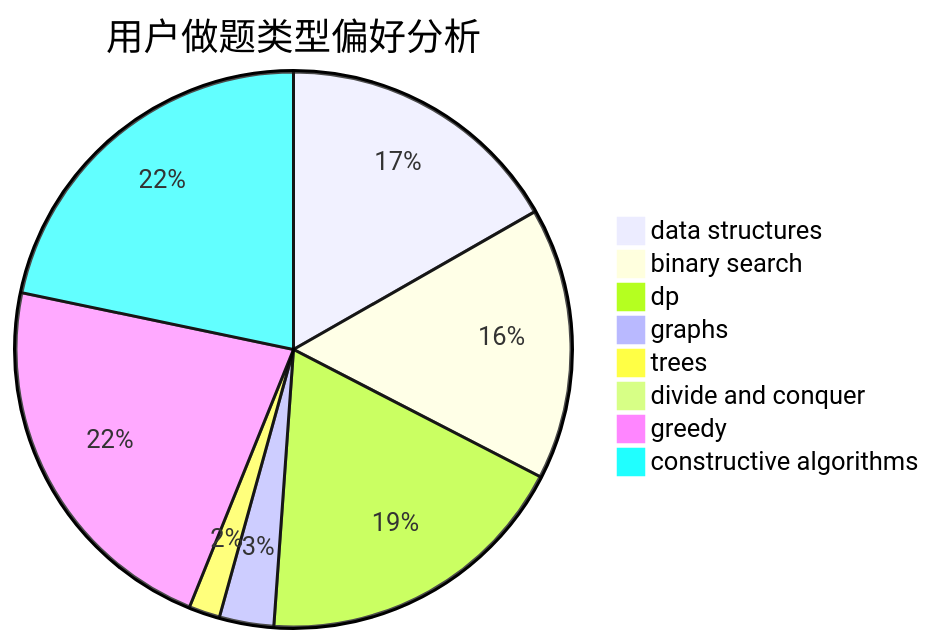
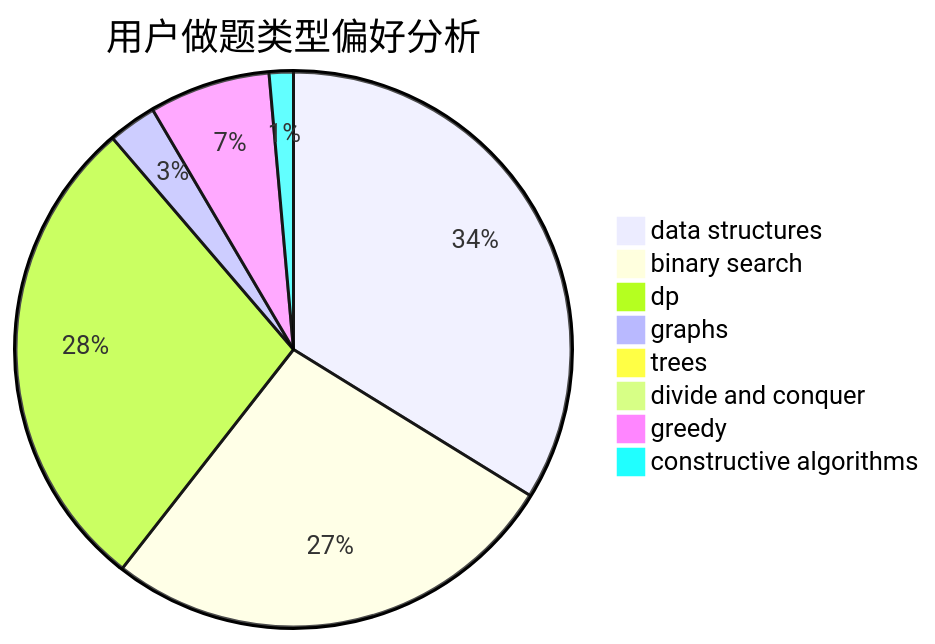
The second of 3 diagrams in docs/user/u619.md (sherpahu/cfrs.github.io), drawn with Mermaid before and after one commit. The commit also changed other lines of this file and 2770 other files, not shown here.

````diff
--- a/docs/user/u619.md
+++ b/docs/user/u619.md
@@ -23,11 +23,11 @@
 ```mermaid
 pie title 用户做题类型偏好分析
-    "data structures" :  37
-    "binary search" :  35
-    "dp" :  41
-    "graphs" :  7
-    "trees" :  4
+    "data structures" :  48
+    "binary search" :  38
+    "dp" :  40
+    "graphs" :  4
+    "trees" :  0
     "divide and conquer" :  0
-    "greedy" :  49
-    "constructive algorithms" :  48
+    "greedy" :  10
+    "constructive algorithms" :  2
 ```
````
